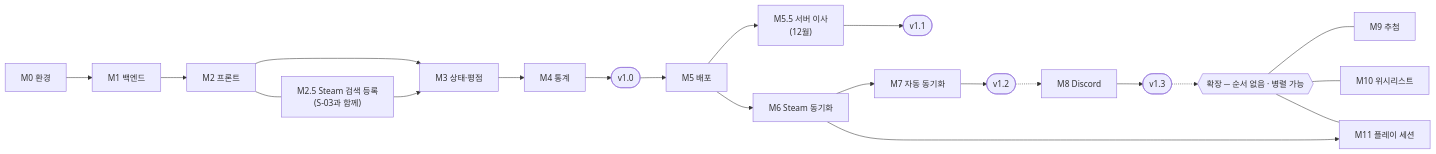
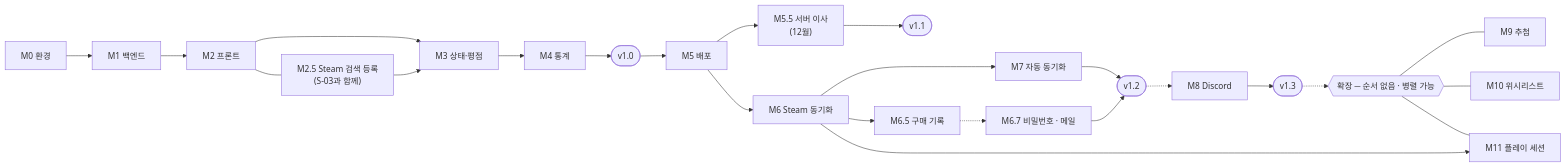
One commit to sagming40/PlayLedger changed the diagram in docs/PLAN.md. Above: the diagram before and after it, drawn with Mermaid. The commit also changed other lines of this file and 3 other files, not shown here.

````diff
--- a/docs/PLAN.md
+++ b/docs/PLAN.md
@@ -596,13 +622,14 @@
 ```mermaid
 flowchart LR
     M0["M0 환경"] --> M1["M1 백엔드"] --> M2["M2 프론트"] --> M3["M3 상태·평점"] --> M4["M4 통계"] --> V10(["v1.0"])
     M2 --- M25["M2.5 Steam 검색 등록<br/>(S-03과 함께)"] --> M3
     V10 --> M5["M5 배포"] --> M55["M5.5 서버 이사<br/>(12월)"] --> V11(["v1.1"])
     M5 --> M6["M6 Steam 동기화"] --> M7["M7 자동 동기화"] --> V12(["v1.2"])
+    M6 --> M65["M6.5 구매 기록"] -.-> M67["M6.7 비밀번호 · 메일"] --> V12
     V12 -.-> M8["M8 Discord"] --> V13(["v1.3"])
     V13 -.-> Ext{{"확장 ─ 순서 없음 · 병렬 가능"}}
     Ext --- M9["M9 추첨"]
     Ext --- M10["M10 위시리스트"]
     Ext --- M11["M11 플레이 세션"]
     M6 --> M11
 ```
````
